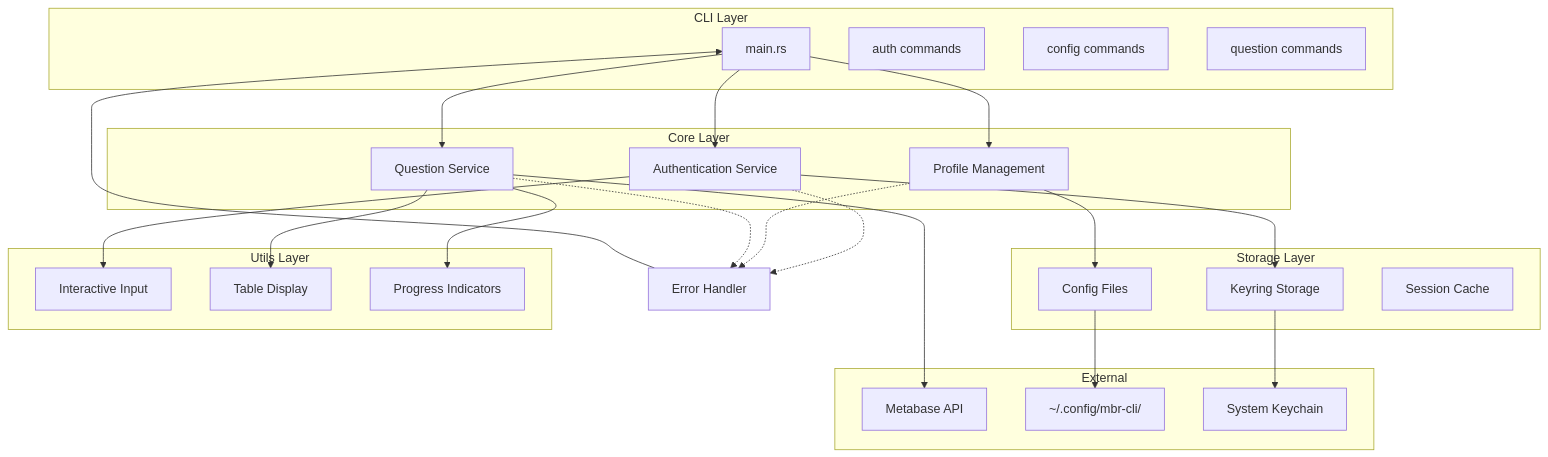
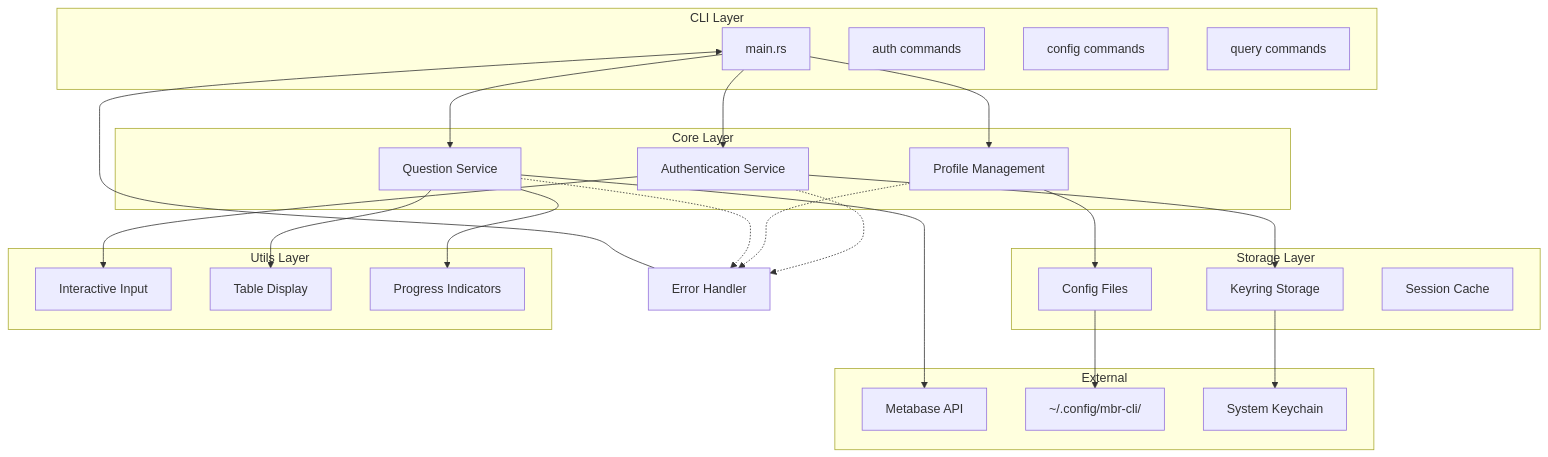
The first of 6 diagrams in ARCHITECTURE.md (daisuke8000/mbr-cli), drawn with Mermaid before and after one commit. The commit also changed other lines of this file and 20 other files, not shown here.

````diff
--- a/ARCHITECTURE.md
+++ b/ARCHITECTURE.md
@@ -5,54 +5,54 @@
 ```mermaid
 graph TB
     subgraph "CLI Layer"
         CLI[main.rs]
         Auth[auth commands]
         Config[config commands]
-        Question[question commands]
+        Query[query commands]
     end
     
     subgraph "Core Layer"
         AuthCore[Authentication Service]
         ProfileCore[Profile Management]
         QuestionCore[Question Service]
     end
     
     subgraph "Storage Layer"
         ConfigStore[Config Files]
         SecureStore[Keyring Storage]
         SessionStore[Session Cache]
     end
     
     subgraph "Utils Layer"
         Interactive[Interactive Input]
         Display[Table Display]
         Progress[Progress Indicators]
     end
     
     subgraph "External"
         Metabase[Metabase API]
         FileSystem[~/.config/mbr-cli/]
         Keychain[System Keychain]
     end
     
     CLI --> AuthCore
     CLI --> ProfileCore
     CLI --> QuestionCore
     
     AuthCore --> SecureStore
     ProfileCore --> ConfigStore
     QuestionCore --> Metabase
     
     ConfigStore --> FileSystem
     SecureStore --> Keychain
     
     AuthCore --> Interactive
     QuestionCore --> Display
     QuestionCore --> Progress
     
     %% Error Flow
     AuthCore -.-> ErrorHandler[Error Handler]
     ProfileCore -.-> ErrorHandler
     QuestionCore -.-> ErrorHandler
     ErrorHandler --> CLI
 ```
````
